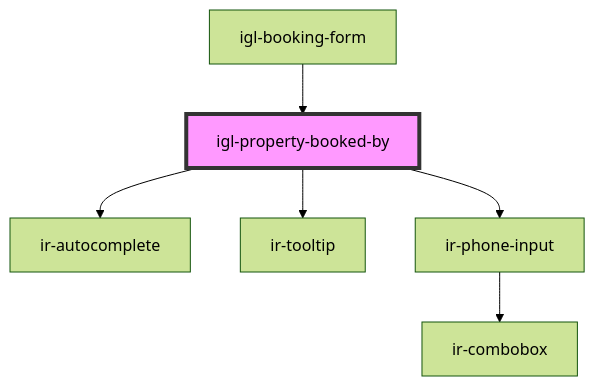
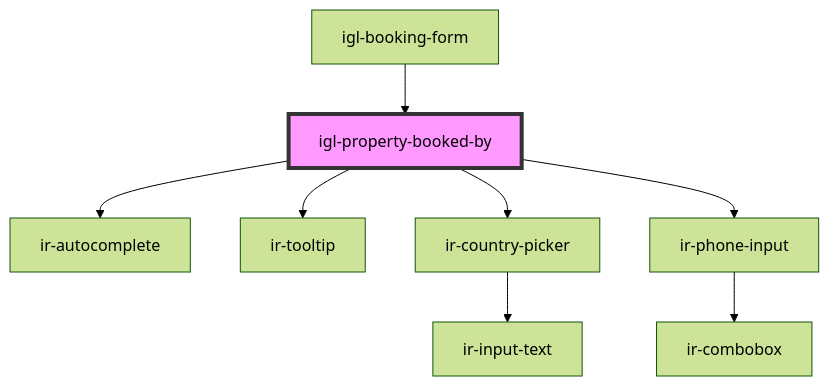
One commit to RonyRizk/ir-webcmp changed the diagram in src/components/igloo-calendar/igl-book-property/igl-booking-form/igl-property-booked-by/readme.md. Above: the diagram before and after it, drawn with Mermaid (forest theme). The commit also changed other lines of this file and 293 other files, not shown here.

````diff
--- a/src/components/igloo-calendar/igl-book-property/igl-booking-form/igl-property-booked-by/readme.md
+++ b/src/components/igloo-calendar/igl-book-property/igl-booking-form/igl-property-booked-by/readme.md
@@ -39,9 +40,11 @@
 ```mermaid
 graph TD;
   igl-property-booked-by --> ir-autocomplete
   igl-property-booked-by --> ir-tooltip
+  igl-property-booked-by --> ir-country-picker
   igl-property-booked-by --> ir-phone-input
+  ir-country-picker --> ir-input-text
   ir-phone-input --> ir-combobox
   igl-booking-form --> igl-property-booked-by
   style igl-property-booked-by fill:#f9f,stroke:#333,stroke-width:4px
 ```
````
